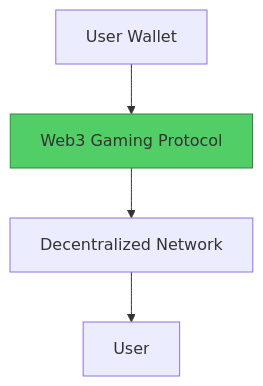
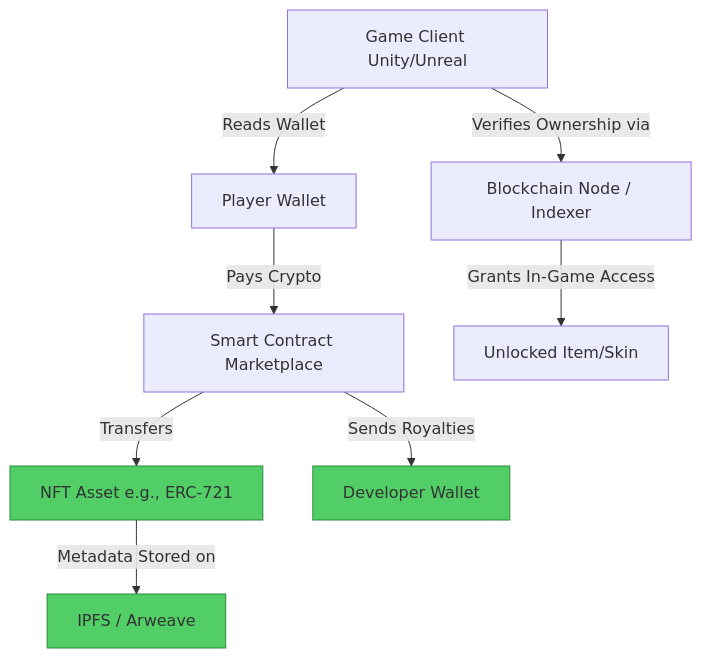
The second of 2 diagrams in 09-gaming/01-steam-to-web3-gaming.md (Elvatar2/Web2-To-Web3-Migration-Guide), drawn with Mermaid before and after one commit. The commit also changed other lines of this file, not shown here.

````diff
--- a/09-gaming/01-steam-to-web3-gaming.md
+++ b/09-gaming/01-steam-to-web3-gaming.md
@@ -63,8 +78,14 @@
 ```mermaid
 graph TB
-    A[User Wallet] --> B[Web3 Gaming Protocol]
-    B --> C[Decentralized Network]
-    C --> D[User]
+    A[Player Wallet] -->|Pays Crypto| B[Smart Contract Marketplace]
+    B -->|Transfers| C[NFT Asset e.g., ERC-721]
+    C -->|Metadata Stored on| D[IPFS / Arweave]
+    B -->|Sends Royalties| E[Developer Wallet]
+    F[Game Client Unity/Unreal] -->|Reads Wallet| A
+    F -->|Verifies Ownership via| G[Blockchain Node / Indexer]
+    G -->|Grants In-Game Access| H[Unlocked Item/Skin]
 
-    style B fill:#51cf66,stroke:#2b8a3e
+    style C fill:#51cf66,stroke:#2b8a3e
+    style D fill:#51cf66,stroke:#2b8a3e
+    style E fill:#51cf66,stroke:#2b8a3e
 ```
````
